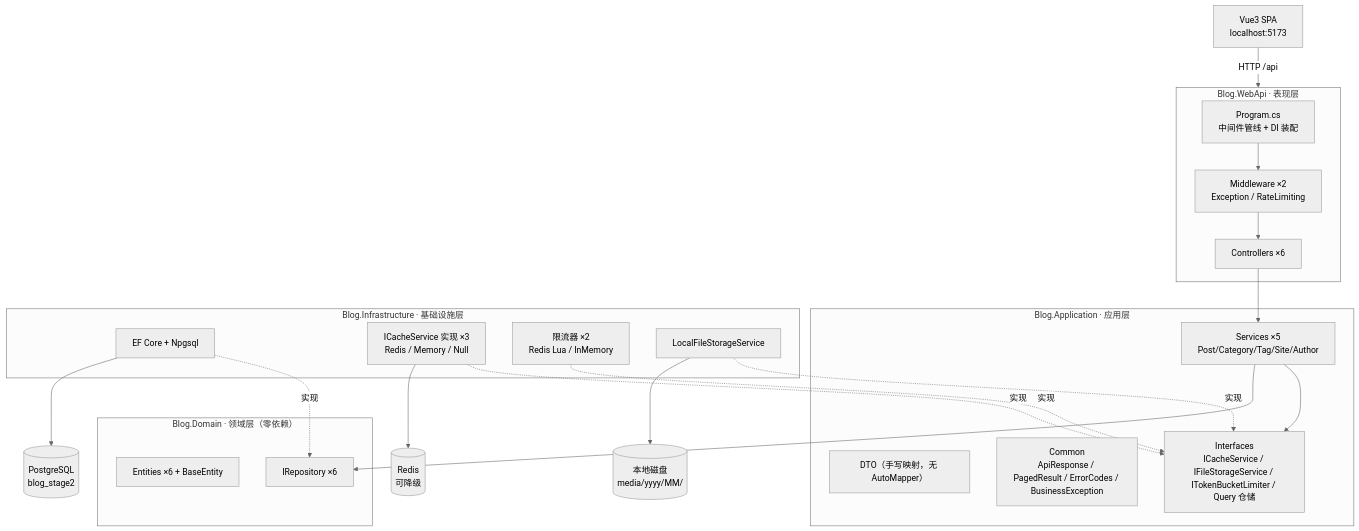
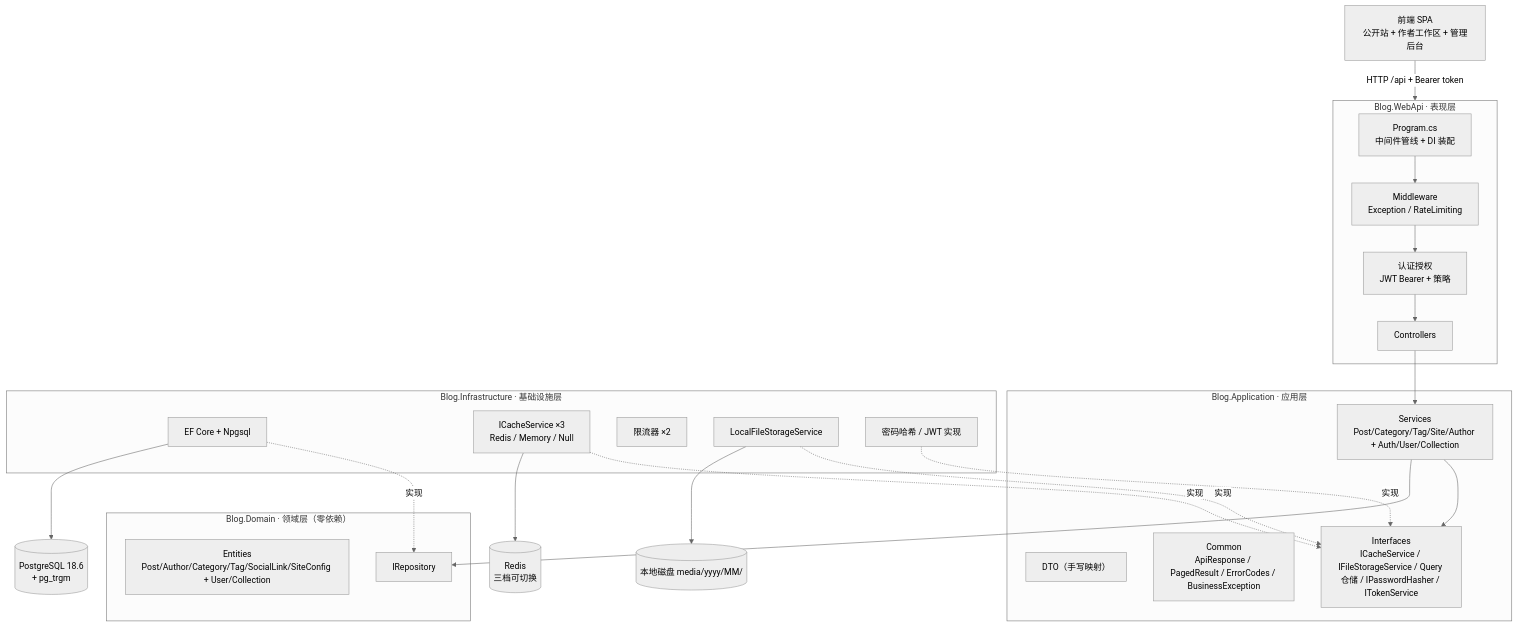
Before and after one commit to whyitsy/blog-CI-CD: the first of 5 diagrams in docs/backend.md, drawn with Mermaid (neutral theme). The commit also changed other lines of this file and 12 other files, not shown here.

````diff
--- a/docs/backend.md
+++ b/docs/backend.md
@@ -88,40 +98,42 @@
 ```mermaid
 flowchart TB
-  FE["Vue3 SPA<br/>localhost:5173"]
+  FE["前端 SPA<br/>公开站 + 作者工作区 + 管理后台"]
   subgraph WebApi["Blog.WebApi · 表现层"]
     P["Program.cs<br/>中间件管线 + DI 装配"]
-    C["Controllers ×6"]
-    M["Middleware ×2<br/>Exception / RateLimiting"]
+    C["Controllers"]
+    M["Middleware<br/>Exception / RateLimiting"]
+    AU["认证授权<br/>JWT Bearer + 策略"]
   end
   subgraph App["Blog.Application · 应用层"]
-    S["Services ×5<br/>Post/Category/Tag/Site/Author"]
-    D["DTO（手写映射，无 AutoMapper）"]
+    S["Services<br/>Post/Category/Tag/Site/Author + Auth/User/Collection"]
+    D["DTO（手写映射）"]
     CM["Common<br/>ApiResponse / PagedResult / ErrorCodes / BusinessException"]
-    I["Interfaces<br/>ICacheService / IFileStorageService / ITokenBucketLimiter / Query 仓储"]
+    I["Interfaces<br/>ICacheService / IFileStorageService / Query 仓储 / IPasswordHasher / ITokenService"]
   end
   subgraph Domain["Blog.Domain · 领域层（零依赖）"]
-    E["Entities ×6 + BaseEntity"]
-    R["IRepository ×6"]
+    E["Entities<br/>Post/Author/Category/Tag/SocialLink/SiteConfig + User/Collection"]
+    R["IRepository"]
   end
   subgraph Infra["Blog.Infrastructure · 基础设施层"]
     EF["EF Core + Npgsql"]
-    CA["ICacheService 实现 ×3<br/>Redis / Memory / Null"]
-    RL["限流器 ×2<br/>Redis Lua / InMemory"]
+    CA["ICacheService ×3<br/>Redis / Memory / Null"]
+    RL["限流器 ×2"]
     FS["LocalFileStorageService"]
+    SEC["密码哈希 / JWT 实现"]
   end
-  DB[("PostgreSQL<br/>blog_stage2")]
-  RD[("Redis<br/>可降级")]
-  DISK[("本地磁盘<br/>media/yyyy/MM/")]
+  DB[("PostgreSQL 18.6<br/>+ pg_trgm")]
+  RD[("Redis<br/>三档可切换")]
+  DISK[("本地磁盘 media/yyyy/MM/")]
 
-  FE -->|HTTP /api| WebApi
-  P --> M --> C --> S
+  FE -->|"HTTP /api + Bearer token"| WebApi
+  P --> M --> AU --> C --> S
   S --> I
   S --> R
   EF -.实现.-> R
   CA -.实现.-> I
-  RL -.实现.-> I
   FS -.实现.-> I
+  SEC -.实现.-> I
   EF --> DB
   CA --> RD
   FS --> DISK
 ```
````
